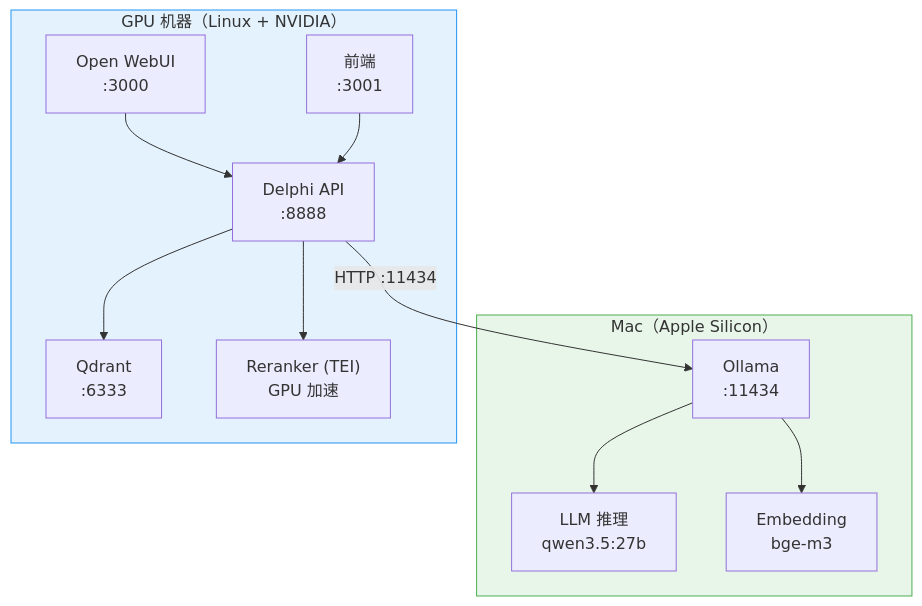
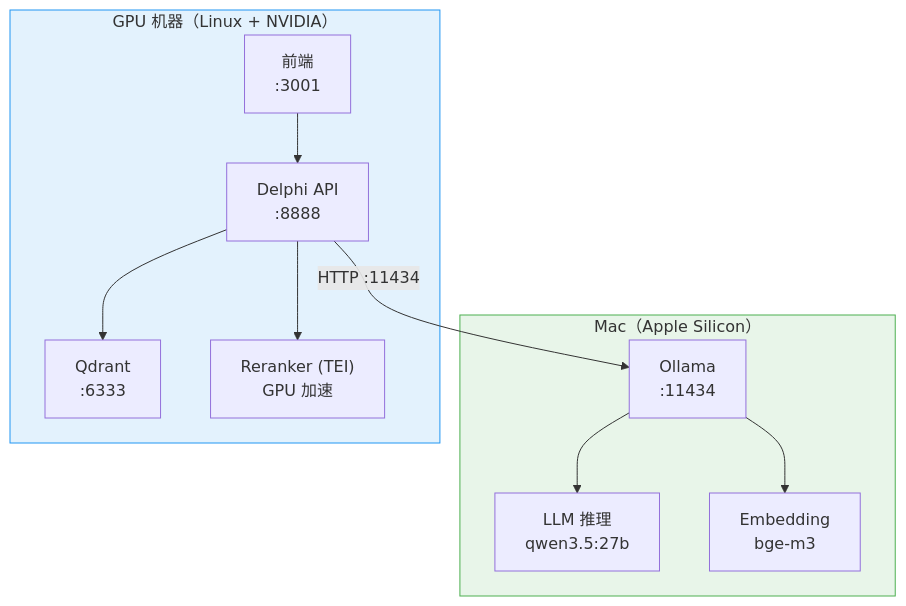
One commit to SakuraPuare/Delphi changed the diagram in docs/deployment/distributed.md. Above: the diagram before and after it, drawn with Mermaid. The commit also changed other lines of this file and 3 other files, not shown here.

First line of the commit message:
refactor(docker): 移除 Open WebUI 服务，统一使用自建前端

````diff
--- a/docs/deployment/distributed.md
+++ b/docs/deployment/distributed.md
@@ -14,28 +14,26 @@
 ```mermaid
 graph TB
     subgraph Mac["Mac（Apple Silicon）"]
         Ollama["Ollama<br/>:11434"]
         LLM["LLM 推理<br/>qwen3.5:27b"]
         EMB["Embedding<br/>bge-m3"]
         Ollama --> LLM
         Ollama --> EMB
     end
 
     subgraph GPU["GPU 机器（Linux + NVIDIA）"]
         API["Delphi API<br/>:8888"]
         Qdrant["Qdrant<br/>:6333"]
         Reranker["Reranker (TEI)<br/>GPU 加速"]
-        WebUI["Open WebUI<br/>:3000"]
         Frontend["前端<br/>:3001"]
 
-        WebUI --> API
         Frontend --> API
         API --> Qdrant
         API --> Reranker
     end
 
     API -- "HTTP :11434" --> Ollama
 
     style Mac fill:#e8f5e9,stroke:#4caf50
     style GPU fill:#e3f2fd,stroke:#2196f3
 ```
````
